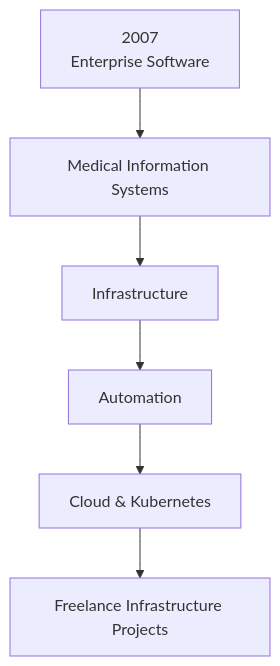
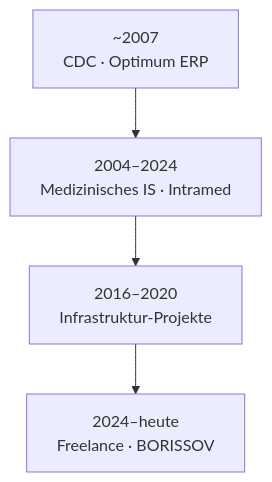
The diagram in 02-career/timeline.md (boralekc/cv), drawn with Mermaid before and after one commit. The commit also changed other lines of this file and 29 other files, not shown here.

````diff
--- a/02-career/timeline.md
+++ b/02-career/timeline.md
@@ -81,11 +63,11 @@
 ```mermaid
 flowchart TB
-    A["2007<br/>Enterprise Software"]
-    B["Medical Information Systems"]
-    C["Infrastructure"]
-    D["Automation"]
-    E["Cloud & Kubernetes"]
-    F["Freelance Infrastructure Projects"]
+    A["~2007<br/>CDC · Optimum ERP"]
+    B["2004–2024<br/>Medizinisches IS · Intramed"]
+    C["2016–2020<br/>Infrastruktur-Projekte"]
+    D["2024–heute<br/>Freelance · BORISSOV"]
 
-    A --> B --> C --> D --> E --> F
+    A --> B
+    B --> C
+    C --> D
 ```
````
